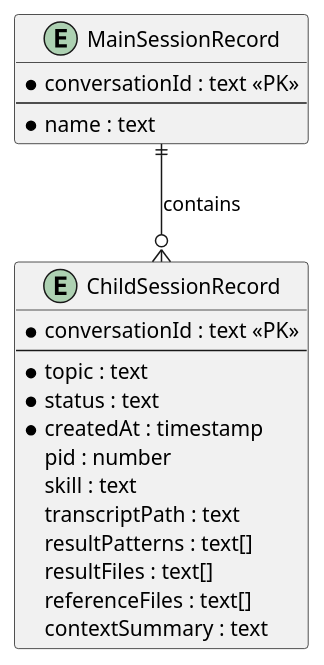
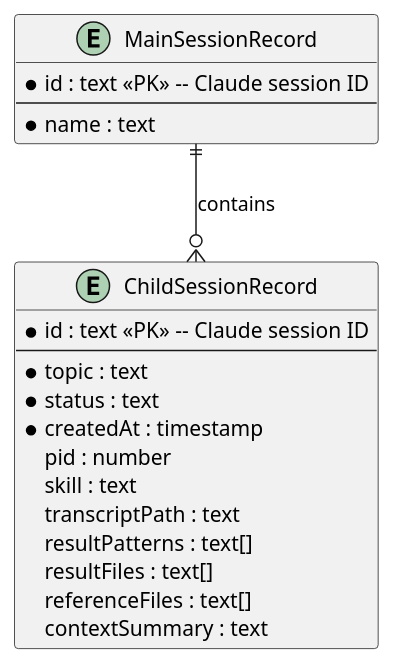
Before and after one commit to studykit/studykit-marketplace: the second of 6 diagrams in A4/co-think/2026-03-29-2100-agent-orchestrator.architecture.md, drawn with PlantUML. The commit also changed other lines of this file and 25 other files, not shown here.

````diff
--- a/A4/co-think/2026-03-29-2100-agent-orchestrator.architecture.md
+++ b/A4/co-think/2026-03-29-2100-agent-orchestrator.architecture.md
@@ -73,26 +73,26 @@
 ```plantuml
 @startuml
 entity "MainSessionRecord" as main {
-  *conversationId : text <<PK>>
+  *id : text <<PK>> -- Claude session ID
   --
   *name : text
 }
 
 entity "ChildSessionRecord" as child {
-  *conversationId : text <<PK>>
+  *id : text <<PK>> -- Claude session ID
   --
   *topic : text
   *status : text
   *createdAt : timestamp
   pid : number
   skill : text
   transcriptPath : text
   resultPatterns : text[]
   resultFiles : text[]
   referenceFiles : text[]
   contextSummary : text
 }
 
 main ||--o{ child : contains
 @enduml
 ```
````
